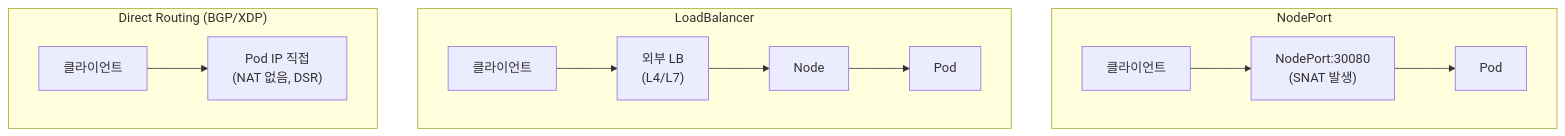
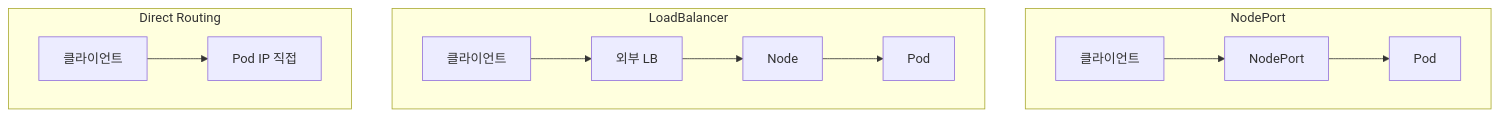
Before and after one commit to moonblueblue/devops-wiki: the sixth of 7 diagrams in content/linux/performance/network-performance.md, drawn with Mermaid. The commit also changed other lines of this file and 12 other files, not shown here.

First line of the commit message:
style: linux 섹션 전체 ASCII art 제거 및 Mermaid 규칙 적용

````diff
--- a/content/linux/performance/network-performance.md
+++ b/content/linux/performance/network-performance.md
@@ -819,17 +838,17 @@
 ```mermaid
 graph TD
     subgraph NodePort
-        NP_CLIENT["클라이언트"] --> NP_NODE["NodePort:30080\n(SNAT 발생)"]
+        NP_CLIENT["클라이언트"] --> NP_NODE["NodePort"]
         NP_NODE --> NP_POD["Pod"]
     end
 
     subgraph LoadBalancer
-        LB_CLIENT["클라이언트"] --> LB_LB["외부 LB\n(L4/L7)"]
+        LB_CLIENT["클라이언트"] --> LB_LB["외부 LB"]
         LB_LB --> LB_NODE["Node"]
         LB_NODE --> LB_POD["Pod"]
     end
 
-    subgraph DirectRouting["Direct Routing (BGP/XDP)"]
-        DR_CLIENT["클라이언트"] --> DR_POD["Pod IP 직접\n(NAT 없음, DSR)"]
+    subgraph DirectRouting["Direct Routing"]
+        DR_CLIENT["클라이언트"] --> DR_POD["Pod IP 직접"]
     end
 ```
````
